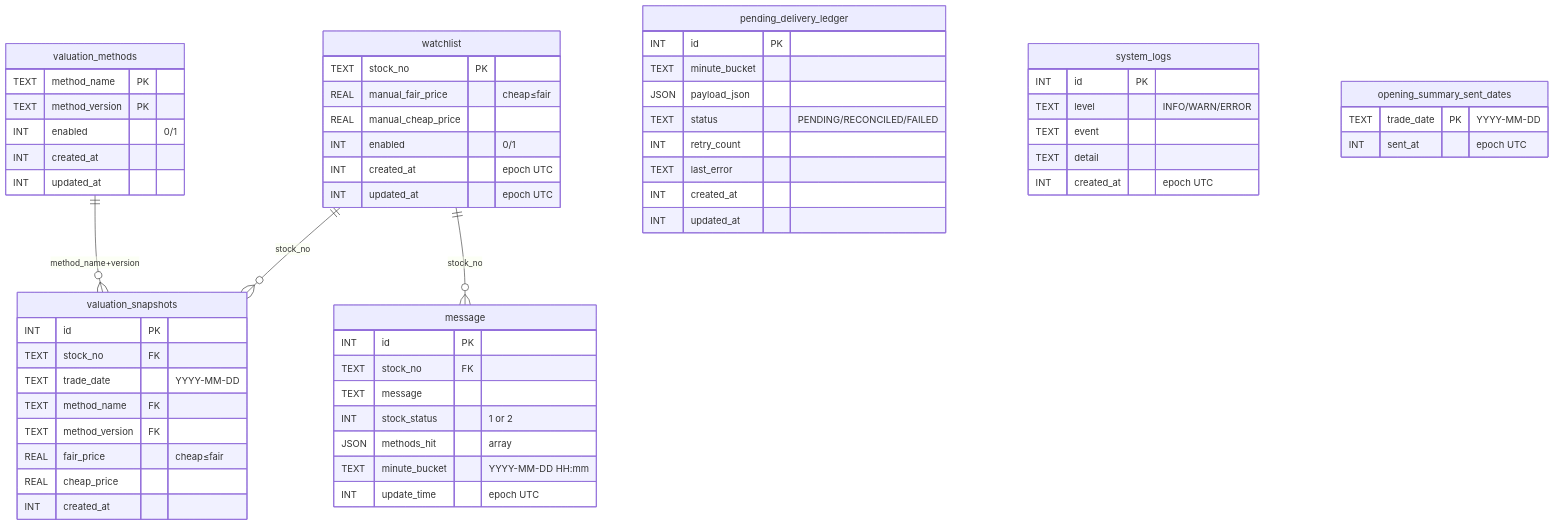
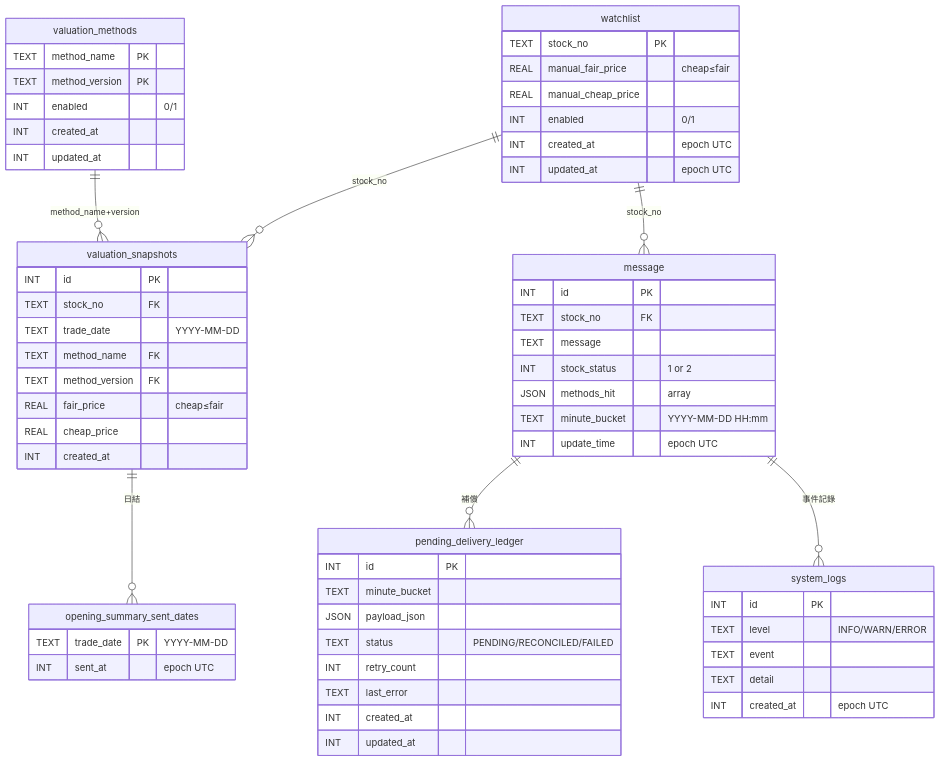
Before and after one commit to ibalasite/stock_monitor: the first of 2 diagrams in docs/architecture/diagrams/06-data-model.md, drawn with Mermaid. The commit also changed 1 other file, not shown here.

Commit message:
fix(docs): erDiagram TB layout with behavioral relationships for vertical 2-column arrangement

````diff
--- a/docs/architecture/diagrams/06-data-model.md
+++ b/docs/architecture/diagrams/06-data-model.md
@@ -9,62 +9,66 @@
 ```mermaid
+%%{init: {"er": {"layoutDirection": "TB"}} }%%
 erDiagram
     watchlist {
         TEXT stock_no PK
         REAL manual_fair_price "cheap≤fair"
         REAL manual_cheap_price
         INT  enabled "0/1"
         INT  created_at "epoch UTC"
         INT  updated_at "epoch UTC"
     }
     valuation_methods {
         TEXT method_name PK
         TEXT method_version PK
         INT  enabled "0/1"
         INT  created_at
         INT  updated_at
     }
     valuation_snapshots {
         INT  id PK
         TEXT stock_no FK
         TEXT trade_date "YYYY-MM-DD"
         TEXT method_name FK
         TEXT method_version FK
         REAL fair_price "cheap≤fair"
         REAL cheap_price
         INT  created_at
     }
     message {
         INT  id PK
         TEXT stock_no FK
         TEXT message
         INT  stock_status "1 or 2"
         JSON methods_hit "array"
         TEXT minute_bucket "YYYY-MM-DD HH:mm"
         INT  update_time "epoch UTC"
     }
     pending_delivery_ledger {
         INT  id PK
         TEXT minute_bucket
         JSON payload_json
         TEXT status "PENDING/RECONCILED/FAILED"
         INT  retry_count
         TEXT last_error
         INT  created_at
         INT  updated_at
     }
     system_logs {
         INT  id PK
         TEXT level "INFO/WARN/ERROR"
         TEXT event
         TEXT detail
         INT  created_at "epoch UTC"
     }
     opening_summary_sent_dates {
         TEXT trade_date PK "YYYY-MM-DD"
         INT  sent_at "epoch UTC"
     }
 
     watchlist ||--o{ valuation_snapshots : "stock_no"
     watchlist ||--o{ message : "stock_no"
     valuation_methods ||--o{ valuation_snapshots : "method_name+version"
+    message ||--o{ pending_delivery_ledger : "補償"
+    message ||--o{ system_logs : "事件記錄"
+    valuation_snapshots ||--o{ opening_summary_sent_dates : "日結"
 ```
````
